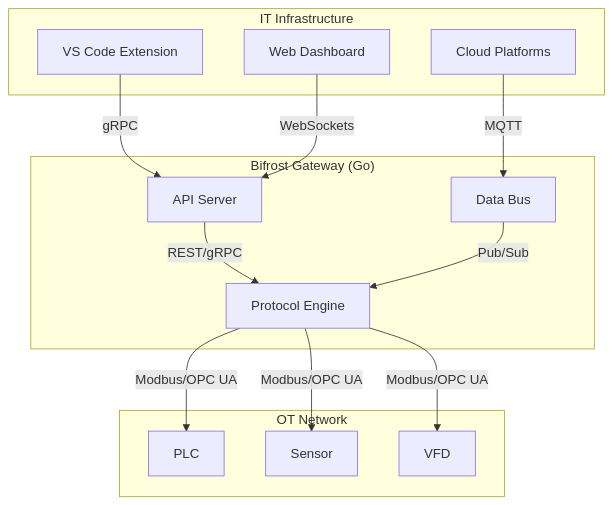
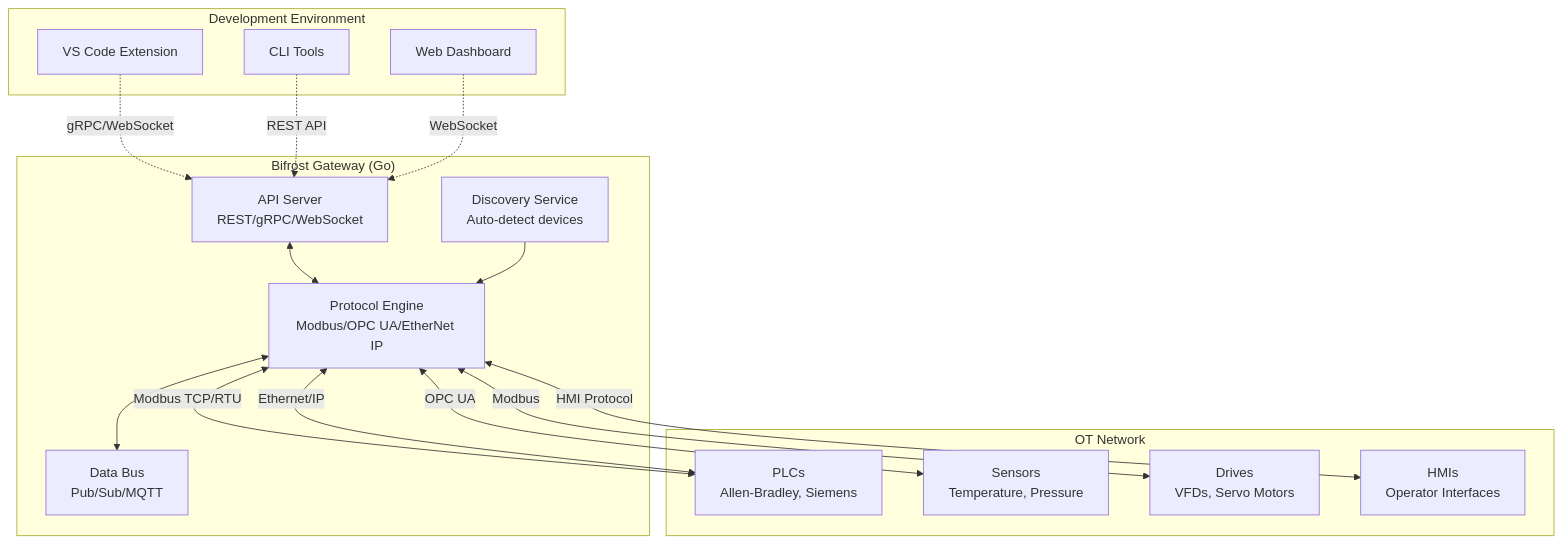
The first of 2 diagrams in README.md (IamMikeHelsel/bifrost), drawn with Mermaid before and after one commit. The commit also changed other lines of this file and 10 other files, not shown here.

````diff
--- a/README.md
+++ b/README.md
@@ -17,29 +22,34 @@
 ```mermaid
 graph TD
-    subgraph "IT Infrastructure"
+    subgraph "Development Environment"
         A[VS Code Extension]
-        B[Web Dashboard]
-        C[Cloud Platforms]
+        B[CLI Tools]
+        C[Web Dashboard]
     end
 
     subgraph "Bifrost Gateway (Go)"
-        D[API Server]
-        E[Protocol Engine]
-        F[Data Bus]
+        D[API Server<br/>REST/gRPC/WebSocket]
+        E[Protocol Engine<br/>Modbus/OPC UA/EtherNet IP]
+        F[Data Bus<br/>Pub/Sub/MQTT]
+        G[Discovery Service<br/>Auto-detect devices]
     end
 
     subgraph "OT Network"
-        G[PLC]
-        H[Sensor]
-        I[VFD]
+        H[PLCs<br/>Allen-Bradley, Siemens]
+        I[Sensors<br/>Temperature, Pressure]
+        J[Drives<br/>VFDs, Servo Motors]
+        K[HMIs<br/>Operator Interfaces]
     end
 
-    A -- gRPC --> D
-    B -- WebSockets --> D
-    C -- MQTT --> F
-    D -- REST/gRPC --> E
-    E -- Modbus/OPC UA --> G
-    E -- Modbus/OPC UA --> H
-    E -- Modbus/OPC UA --> I
-    F -- Pub/Sub --> E
+    A -.-> |gRPC/WebSocket| D
+    B -.-> |REST API| D
+    C -.-> |WebSocket| D
+    D <--> E
+    E <--> F
+    G --> E
+    E <--> |Modbus TCP/RTU| H
+    E <--> |Ethernet/IP| H
+    E <--> |OPC UA| I
+    E <--> |Modbus| J
+    E <--> |HMI Protocol| K
 ```
````
